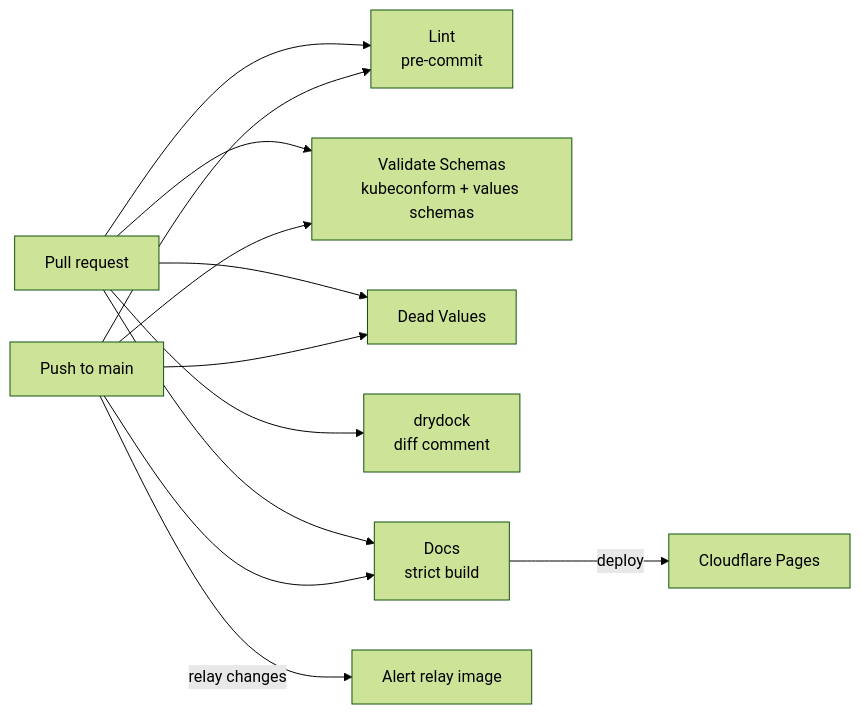
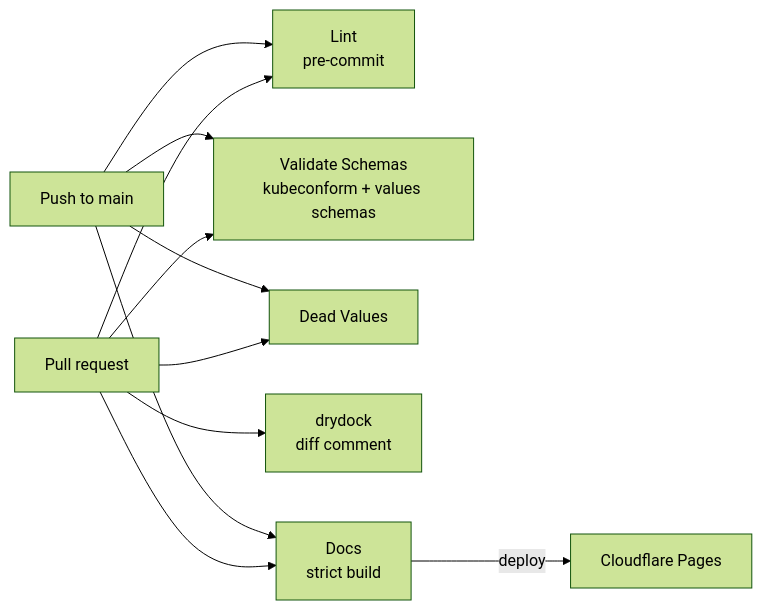
One commit to Darkflame72/home-ops changed the diagram in docs/ci.md. Above: the diagram before and after it, drawn with Mermaid (forest theme). The commit also changed other lines of this file, not shown here.

First line of the commit message:
docs(ci): remove alert relay build from CI page

````diff
--- a/docs/ci.md
+++ b/docs/ci.md
@@ -17,14 +16,13 @@
 ```mermaid
 flowchart LR
     PR["Pull request"] --> LINT["Lint<br/>pre-commit"]
     PR --> SCHEMA["Validate Schemas<br/>kubeconform + values schemas"]
     PR --> DEAD["Dead Values"]
     PR --> DRY["drydock<br/>diff comment"]
     PR --> DOCS["Docs<br/>strict build"]
     MAIN["Push to main"] --> LINT
     MAIN --> SCHEMA
     MAIN --> DEAD
     MAIN --> DOCS
     DOCS -->|deploy| CF["Cloudflare Pages"]
-    MAIN -->|relay changes| GHCR["Alert relay image"]
 ```
````
